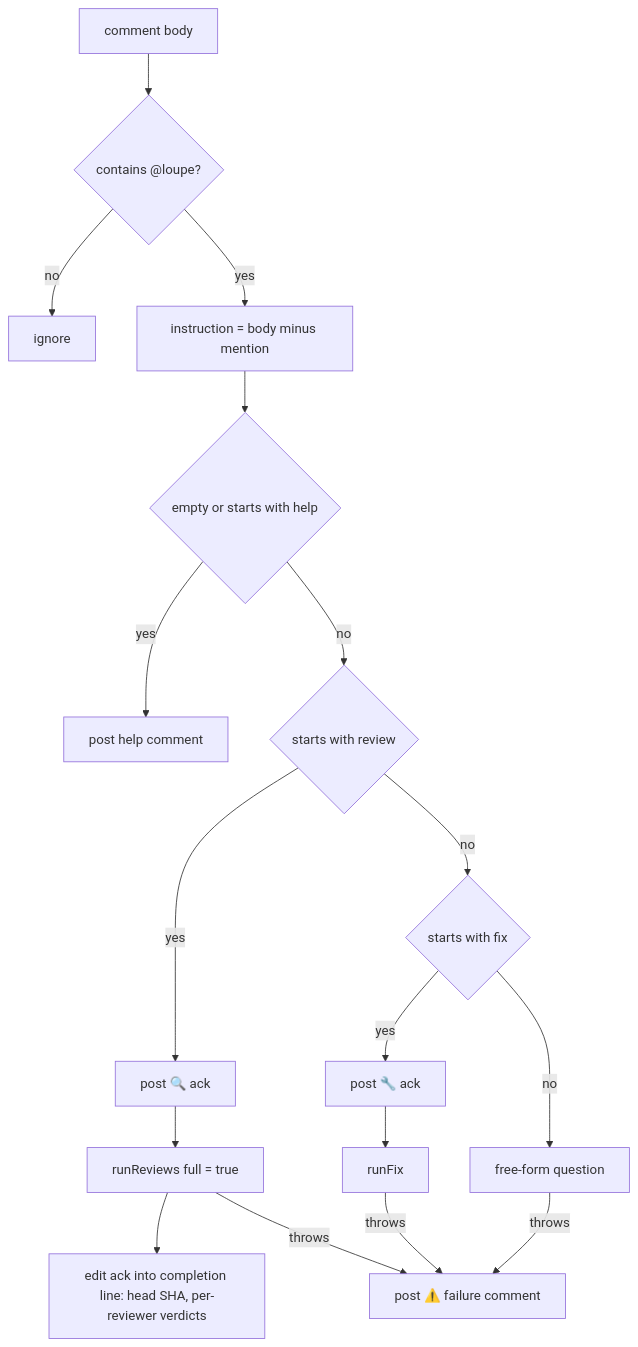
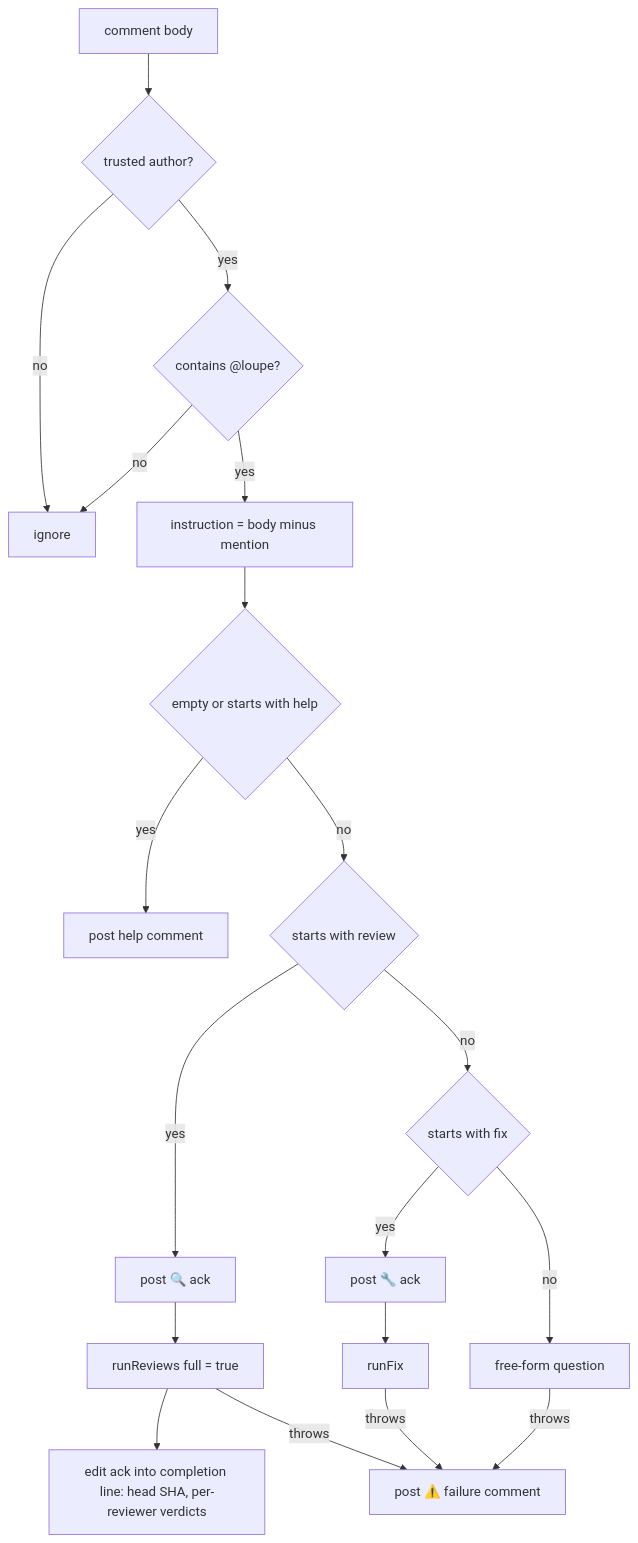
One commit to context-labs/loupe changed the diagram in docs/how-it-works/chat.md. Above: the diagram before and after it, drawn with Mermaid. The commit also changed other lines of this file and 16 other files, not shown here.

````diff
--- a/docs/how-it-works/chat.md
+++ b/docs/how-it-works/chat.md
@@ -7,17 +9,19 @@
 ```mermaid
 flowchart TD
-    B[comment body] --> M{contains @loupe?}
+    B[comment body] --> A{trusted author?}
+    A -->|no| X[ignore]
+    A -->|yes| M{contains @loupe?}
     M -->|no| X[ignore]
     M -->|yes| I[instruction = body minus mention]
     I --> H{empty or starts with help}
     H -->|yes| HELP[post help comment]
     H -->|no| R{starts with review}
     R -->|yes| ACK1[post 🔍 ack] --> RV[runReviews full = true]
     RV --> EDIT[edit ack into completion line: head SHA, per-reviewer verdicts]
     R -->|no| F{starts with fix}
     F -->|yes| ACK2[post 🔧 ack] --> FIX[runFix]
     F -->|no| Q[free-form question]
     RV -->|throws| ERR[post ⚠️ failure comment]
     FIX -->|throws| ERR
     Q -->|throws| ERR
 ```
````
